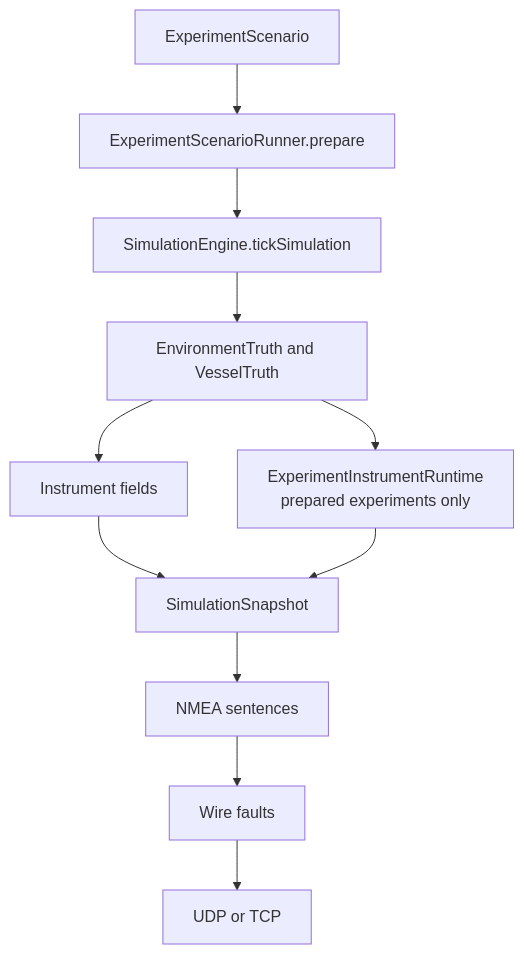
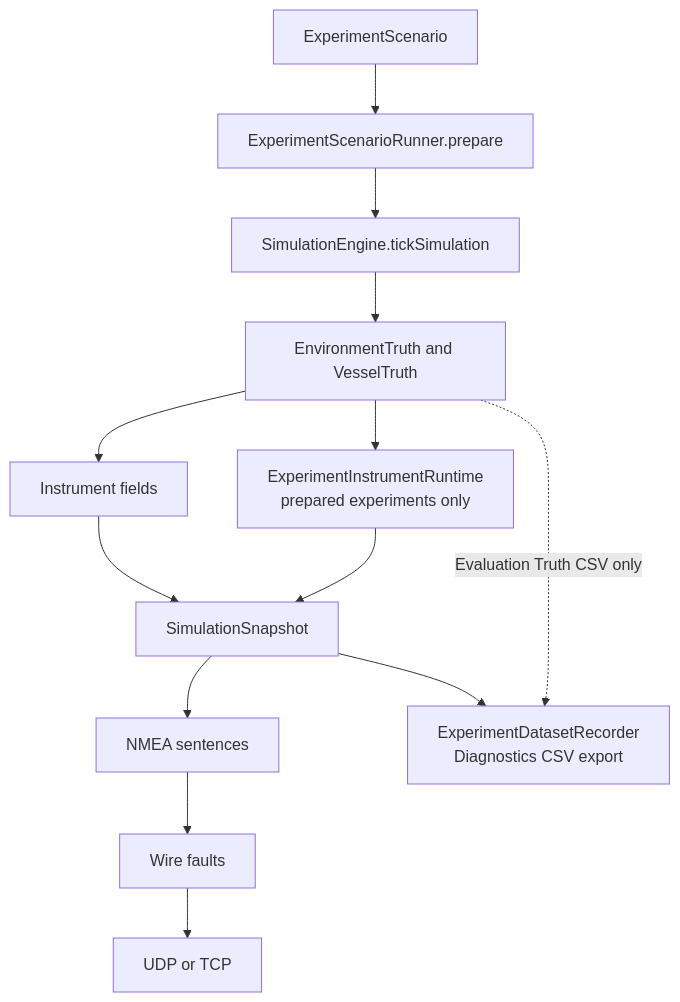
One commit to bacataBorisov/MarineSimulator changed the diagram in .agent/architecture/experiment-data-flow.md. Above: the diagram before and after it, drawn with Mermaid. The commit also changed other lines of this file and 12 other files, not shown here.

````diff
--- a/.agent/architecture/experiment-data-flow.md
+++ b/.agent/architecture/experiment-data-flow.md
@@ -5,24 +5,27 @@
 ```mermaid
 flowchart TD
   scenario["ExperimentScenario"]
   prepare["ExperimentScenarioRunner.prepare"]
   engine["SimulationEngine.tickSimulation"]
   truth["EnvironmentTruth and VesselTruth"]
   instruments["Instrument fields"]
   sensorModel["ExperimentInstrumentRuntime\nprepared experiments only"]
   snapshot["SimulationSnapshot"]
+  recorder["ExperimentDatasetRecorder\nDiagnostics CSV export"]
   nmea["NMEA sentences"]
   faults["Wire faults"]
   transport["UDP or TCP"]
 
   scenario --> prepare
   prepare --> engine
   engine --> truth
   truth --> instruments
   instruments --> snapshot
   truth --> sensorModel
   sensorModel --> snapshot
   snapshot --> nmea
+  snapshot --> recorder
+  truth -. "Evaluation Truth CSV only" .-> recorder
   nmea --> faults
   faults --> transport
 ```
````
